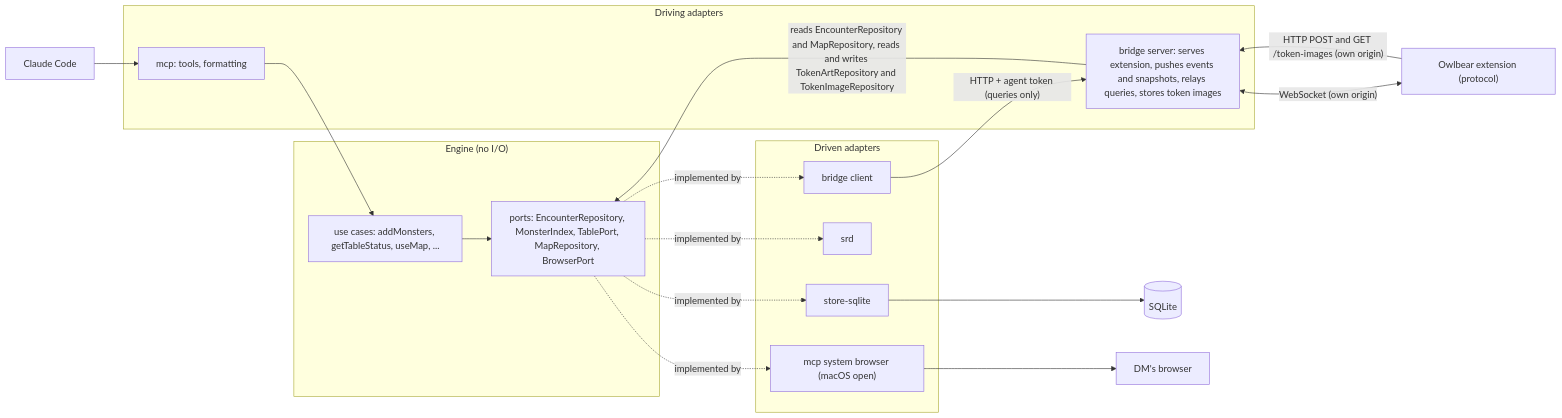
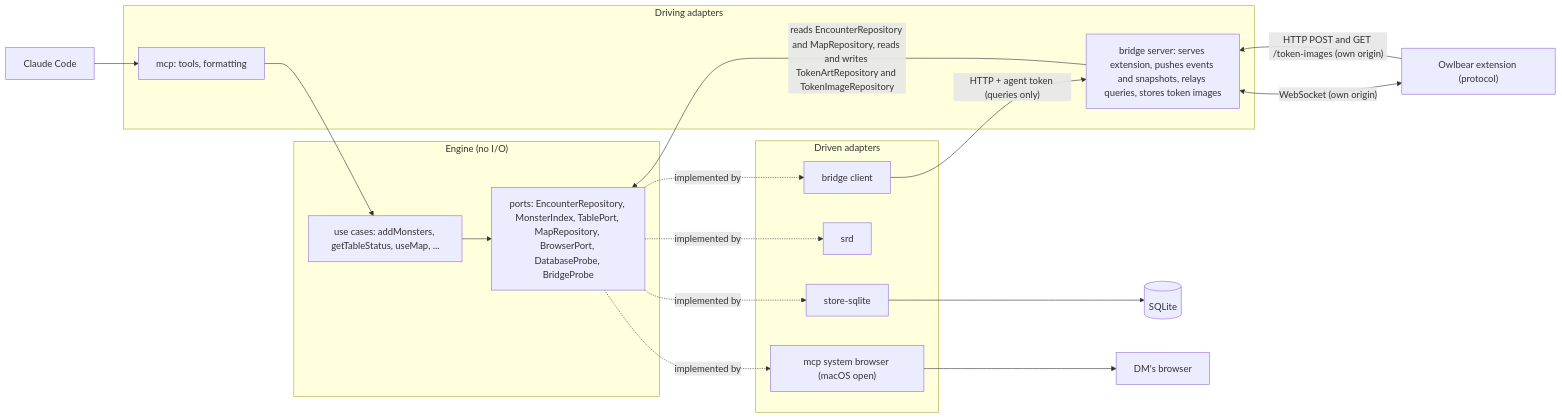
One commit to askrzypczak/ttrpg-agents changed the first of 2 diagrams in docs/architecture.md. Above: the diagram before and after it, drawn with Mermaid. The commit also changed other lines of this file and 5 other files, not shown here.

````diff
--- a/docs/architecture.md
+++ b/docs/architecture.md
@@ -9,30 +9,30 @@
 ```mermaid
 flowchart LR
   claude["Claude Code"] --> mcp
   subgraph driving["Driving adapters"]
     mcp["mcp: tools, formatting"]
     bsrv["bridge server: serves extension, pushes events and snapshots, relays queries, stores token images"]
   end
   subgraph core["Engine (no I/O)"]
     uc["use cases: addMonsters, getTableStatus, useMap, ..."]
-    ports["ports: EncounterRepository, MonsterIndex, TablePort, MapRepository, BrowserPort"]
+    ports["ports: EncounterRepository, MonsterIndex, TablePort, MapRepository, BrowserPort, DatabaseProbe, BridgeProbe"]
   end
   subgraph driven["Driven adapters"]
     store["store-sqlite"]
     srd["srd"]
     bclient["bridge client"]
     sysbrowser["mcp system browser (macOS open)"]
   end
   mcp --> uc
   bsrv -->|"reads EncounterRepository and MapRepository, reads and writes TokenArtRepository and TokenImageRepository"| ports
   uc --> ports
   ports -.implemented by.-> store
   ports -.implemented by.-> srd
   ports -.implemented by.-> bclient
   ports -.implemented by.-> sysbrowser
   store --> db[("SQLite")]
   bclient -->|"HTTP + agent token (queries only)"| bsrv
   sysbrowser --> browser["DM's browser"]
   bsrv <-->|"WebSocket (own origin)"| ext["Owlbear extension (protocol)"]
   ext -->|"HTTP POST and GET /token-images (own origin)"| bsrv
 ```
````
